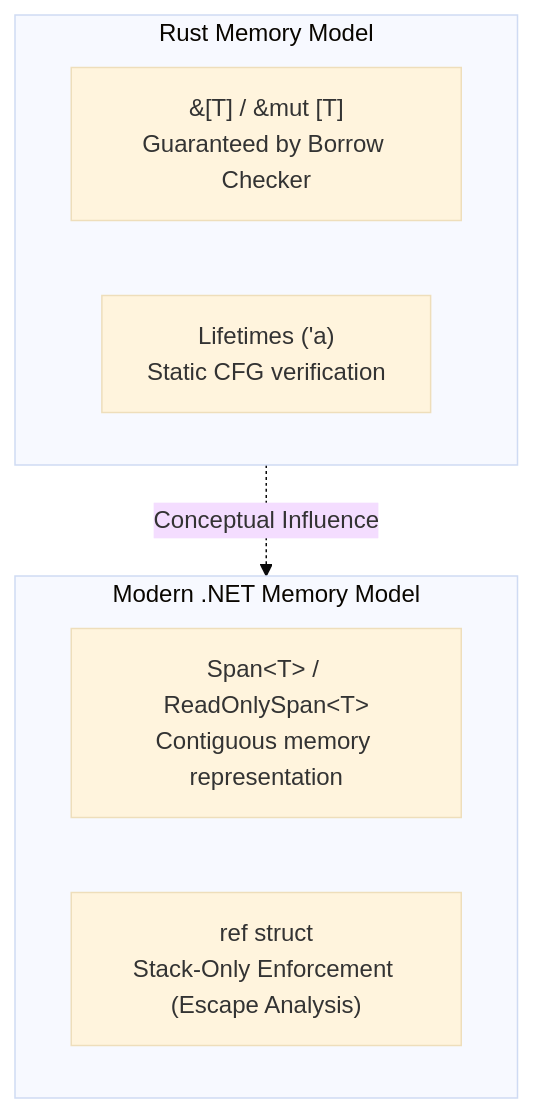
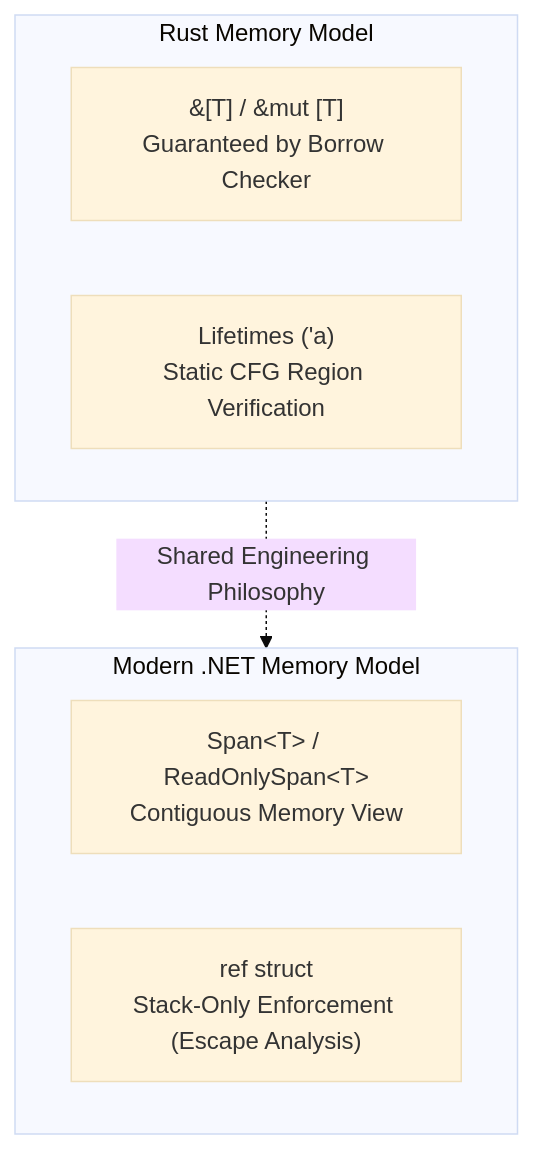
The sixth of 6 diagrams in _posts/2026-09-11-memory-safety-without-a-gc-rust-borrow-checker.md (jonas1ara/jonas1ara.github.io), drawn with Mermaid (base theme) before and after one commit. The commit also changed other lines of this file, not shown here.

````diff
--- a/_posts/2026-09-11-memory-safety-without-a-gc-rust-borrow-checker.md
+++ b/_posts/2026-09-11-memory-safety-without-a-gc-rust-borrow-checker.md
@@ -355,14 +353,14 @@
 ```mermaid
 flowchart TD
     subgraph RustModel["Rust Memory Model"]
         R_Slice["&[T] / &mut [T]<br/>Guaranteed by Borrow Checker"]
-        R_Lifetime["Lifetimes ('a)<br/>Static CFG verification"]
+        R_Lifetime["Lifetimes ('a)<br/>Static CFG Region Verification"]
     end
 
     subgraph DotNetModel["Modern .NET Memory Model"]
-        NET_Span["Span&lt;T&gt; / ReadOnlySpan&lt;T&gt;<br/>Contiguous memory representation"]
+        NET_Span["Span&lt;T&gt; / ReadOnlySpan&lt;T&gt;<br/>Contiguous Memory View"]
         NET_RefStruct["ref struct<br/>Stack-Only Enforcement (Escape Analysis)"]
     end
 
-    RustModel -.->|"Conceptual Influence"| DotNetModel
+    RustModel -.->|"Shared Engineering Philosophy"| DotNetModel
 ```
````
